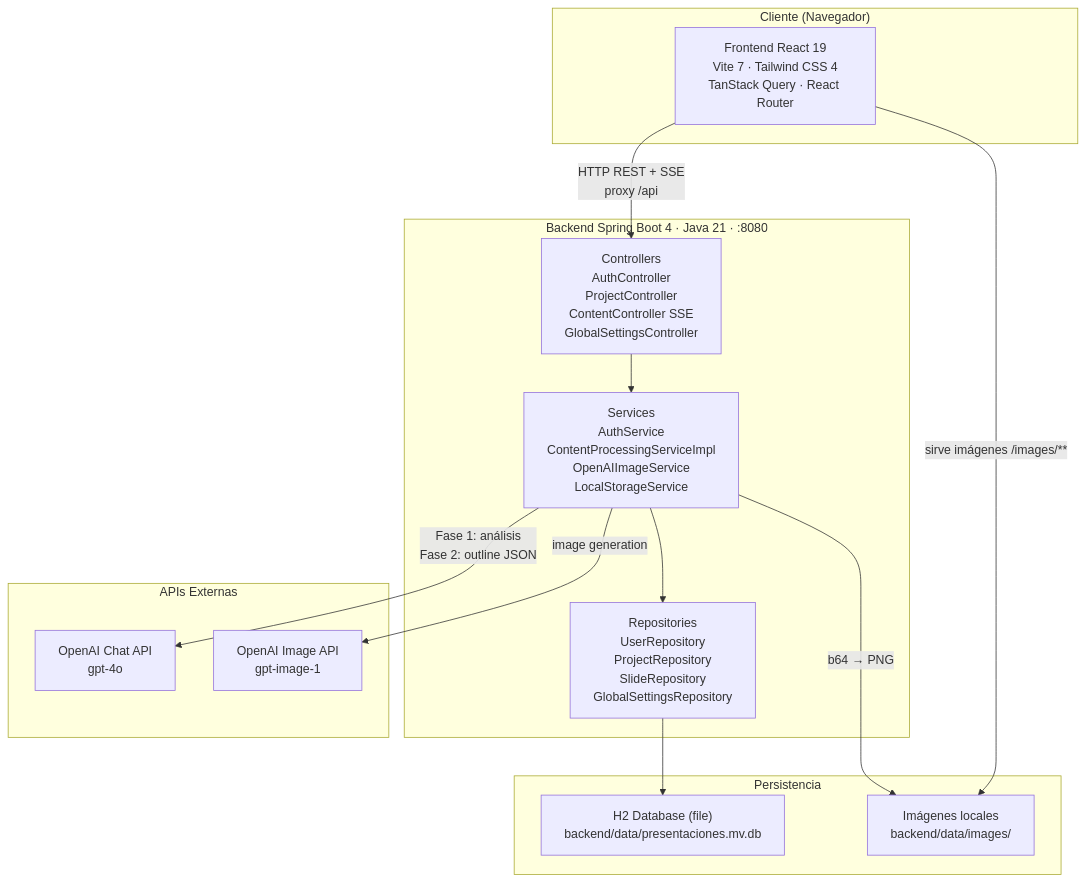
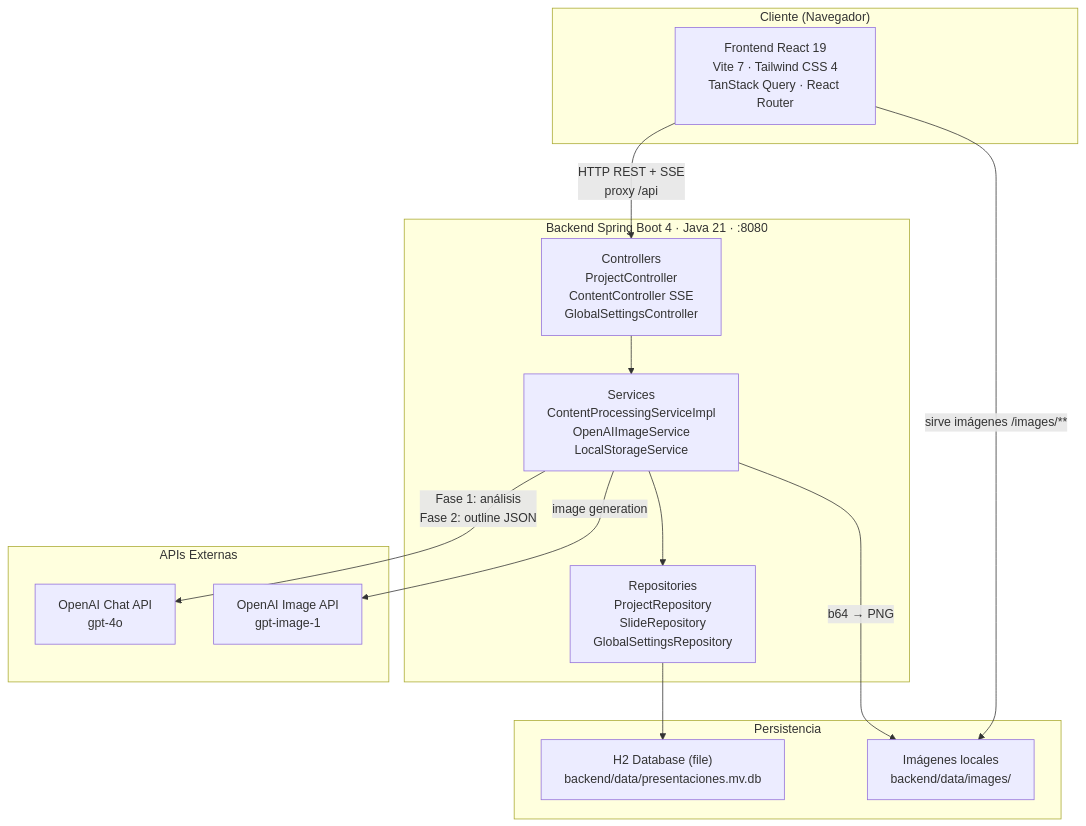
One commit to allenajd3/AI4Devs-finalproject changed the first of 2 diagrams in readme.md. Above: the diagram before and after it, drawn with Mermaid. The commit also changed other lines of this file and 1 other file, not shown here.

````diff
--- a/readme.md
+++ b/readme.md
@@ -87,31 +147,31 @@
 ```mermaid
 graph TD
     subgraph "Cliente (Navegador)"
         FE["Frontend React 19\nVite 7 · Tailwind CSS 4\nTanStack Query · React Router"]
     end
 
     subgraph "Backend Spring Boot 4 · Java 21 · :8080"
-        CTRL["Controllers\nAuthController\nProjectController\nContentController SSE\nGlobalSettingsController"]
-        SVC["Services\nAuthService\nContentProcessingServiceImpl\nOpenAIImageService\nLocalStorageService"]
-        REPO["Repositories\nUserRepository\nProjectRepository\nSlideRepository\nGlobalSettingsRepository"]
+        CTRL["Controllers\nProjectController\nContentController SSE\nGlobalSettingsController"]
+        SVC["Services\nContentProcessingServiceImpl\nOpenAIImageService\nLocalStorageService"]
+        REPO["Repositories\nProjectRepository\nSlideRepository\nGlobalSettingsRepository"]
     end
 
     subgraph "Persistencia"
         H2["H2 Database (file)\nbackend/data/presentaciones.mv.db"]
         IMG["Imágenes locales\nbackend/data/images/"]
     end
 
     subgraph "APIs Externas"
         CHAT["OpenAI Chat API\ngpt-4o"]
         IMAGE["OpenAI Image API\ngpt-image-1"]
     end
 
     FE -- "HTTP REST + SSE\nproxy /api" --> CTRL
     CTRL --> SVC
     SVC --> REPO
     REPO --> H2
     SVC -- "b64 → PNG" --> IMG
     SVC -- "Fase 1: análisis\nFase 2: outline JSON" --> CHAT
     SVC -- "image generation" --> IMAGE
     FE -- "sirve imágenes /images/**" --> IMG
 ```
````
